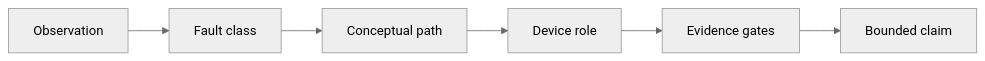
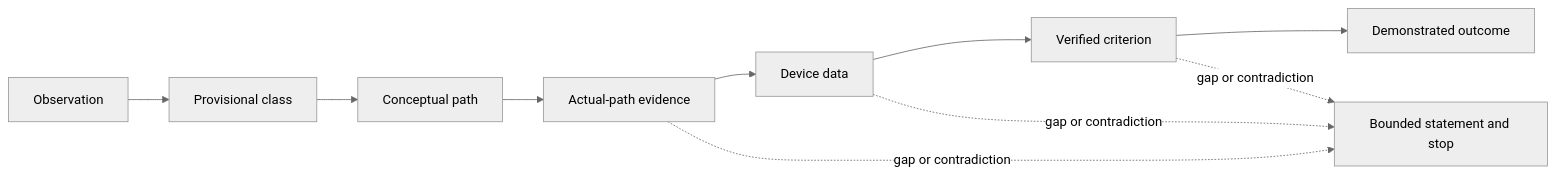
The second of 2 diagrams in docs/learning-plans/12-week/modules/day-20-men-fault-scenarios-and-protective-device-operation-reasoning.md (andrew3stedall/capstone), drawn with Mermaid (neutral theme) before and after one commit. The commit also changed other lines of this file, not shown here.

Commit message:
Improve Day 20 MEN fault reasoning

````diff
--- a/docs/learning-plans/12-week/modules/day-20-men-fault-scenarios-and-protective-device-operation-reasoning.md
+++ b/docs/learning-plans/12-week/modules/day-20-men-fault-scenarios-and-protective-device-operation-reasoning.md
@@ -109,4 +134,7 @@
 ```mermaid
 flowchart LR
-    O["Observation"] --> C["Fault class"] --> P["Conceptual path"] --> D["Device role"] --> E["Evidence gates"] --> B["Bounded claim"]
+    O["Observation"] --> C["Provisional class"] --> P["Conceptual path"] --> A["Actual-path evidence"] --> D["Device data"] --> R["Verified criterion"] --> V["Demonstrated outcome"]
+    A -. "gap or contradiction" .-> S["Bounded statement and stop"]
+    D -. "gap or contradiction" .-> S
+    R -. "gap or contradiction" .-> S
 ```
````
